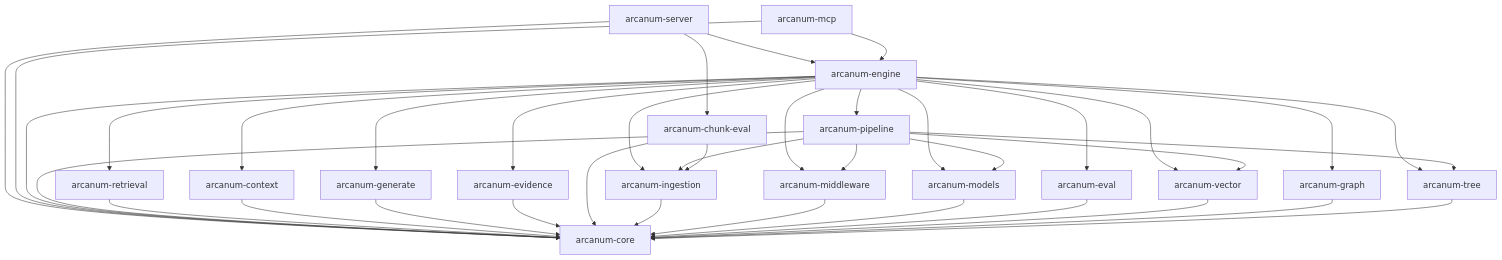
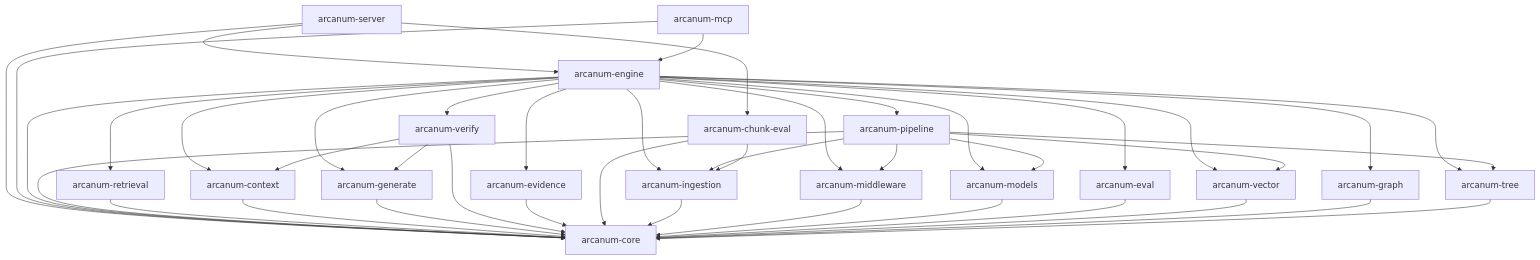
One commit to sirius-zuo/arcanum changed the diagram in wiki/README.md. Above: the diagram before and after it, drawn with Mermaid. The commit also changed other lines of this file and 4 other files, not shown here.

````diff
--- a/wiki/README.md
+++ b/wiki/README.md
@@ -13,40 +13,44 @@
 ```mermaid
 graph TD
     server[arcanum-server] --> engine[arcanum-engine]
     server --> chunk-eval[arcanum-chunk-eval]
     server --> core[arcanum-core]
     mcp[arcanum-mcp] --> engine
     mcp --> core
     engine --> retrieval[arcanum-retrieval]
     engine --> context[arcanum-context]
     engine --> generate[arcanum-generate]
+    engine --> verify[arcanum-verify]
     engine --> pipeline[arcanum-pipeline]
     engine --> evidence[arcanum-evidence]
     engine --> eval[arcanum-eval]
     engine --> ingestion[arcanum-ingestion]
     engine --> models[arcanum-models]
     engine --> middleware[arcanum-middleware]
     engine --> vector[arcanum-vector]
     engine --> graphComp[arcanum-graph]
     engine --> tree[arcanum-tree]
     engine --> core
     pipeline --> ingestion
     pipeline --> tree
     pipeline --> vector
     pipeline --> models
     pipeline --> middleware
     pipeline --> core
     retrieval --> core
     context --> core
     generate --> core
+    verify --> core
+    verify --> context
+    verify --> generate
     evidence --> core
     chunk-eval --> ingestion
     chunk-eval --> core
     ingestion --> core
     middleware --> core
     models --> core
     eval --> core
     vector --> core
     graphComp --> core
     tree --> core
 ```
````
